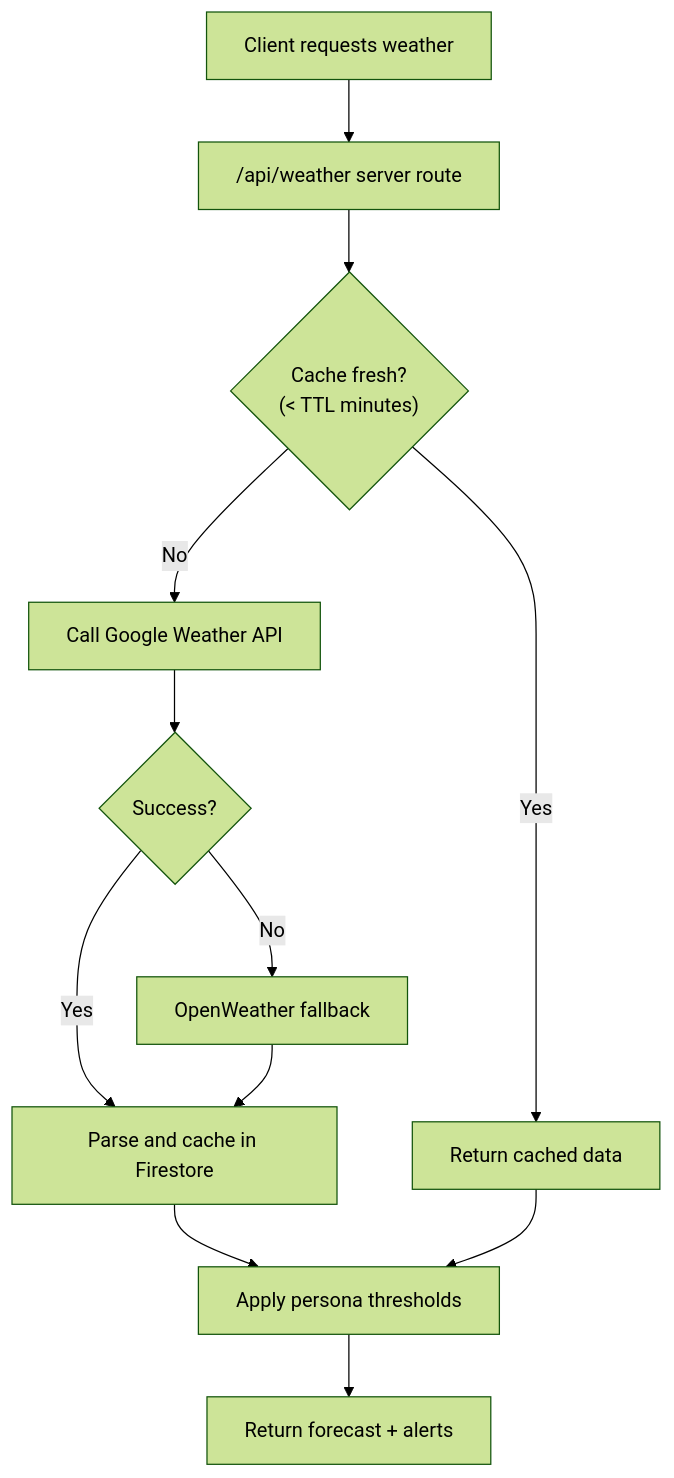
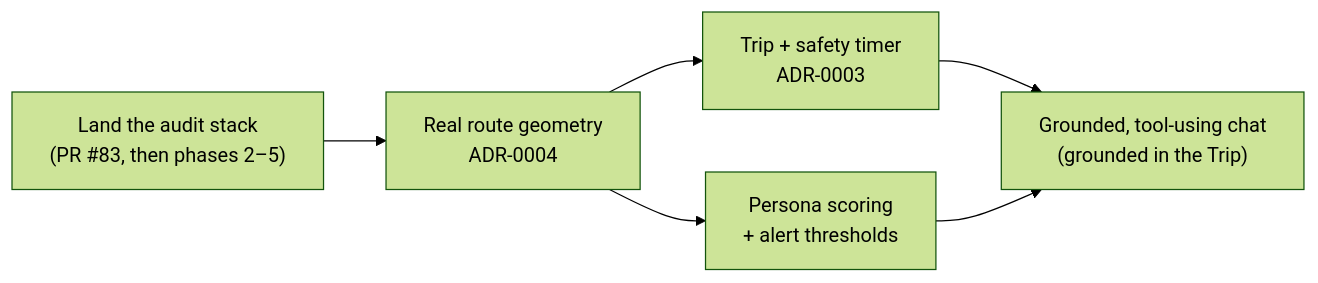
The first of 2 diagrams in docs/solution-plan/SOLUTION-PLAN.md (Oweeboi011/Fit-Ready-IQ), drawn with Mermaid (forest theme) before and after one commit. The commit also changed other lines of this file and 49 other files, not shown here.

````diff
--- a/docs/solution-plan/SOLUTION-PLAN.md
+++ b/docs/solution-plan/SOLUTION-PLAN.md
@@ -809,14 +53,8 @@
 ```mermaid
-flowchart TD
-    A["Client requests weather"] --> B["/api/weather server route"]
-    B --> C{"Cache fresh?<br/>(< TTL minutes)"}
-    C -->|Yes| D["Return cached data"]
-    C -->|No| E["Call Google Weather API"]
-    E --> F{"Success?"}
-    F -->|Yes| G["Parse and cache in Firestore"]
-    F -->|No| H["OpenWeather fallback"]
-    H --> G
-    G --> I["Apply persona thresholds"]
-    I --> J["Return forecast + alerts"]
-    D --> I
+flowchart LR
+    A["Land the audit stack<br/>(PR #83, then phases 2–5)"] --> B["Real route geometry<br/>ADR-0004"]
+    B --> C["Persona scoring<br/>+ alert thresholds"]
+    B --> D["Trip + safety timer<br/>ADR-0003"]
+    D --> E["Grounded, tool-using chat<br/>(grounded in the Trip)"]
+    C --> E
 ```
````
